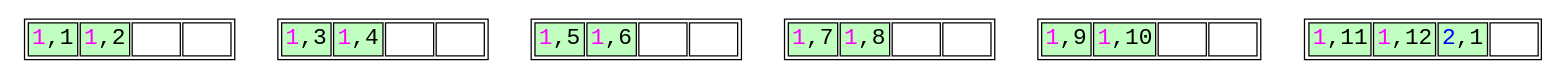
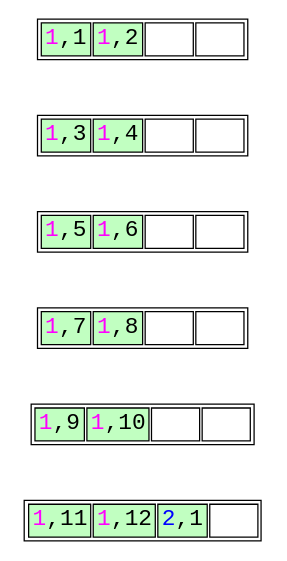
Before and after one commit to petergeoghegan/pg_query_internals: the diagram in unoptimized-leaf-page-split-3.dot, drawn with Graphviz. The commit also changed 5 other files, not shown here.

```diff
--- a/unoptimized-leaf-page-split-3.dot
+++ b/unoptimized-leaf-page-split-3.dot
@@ -1,78 +1,88 @@
 // Example B-Tree graph
 //
 // Breadth-first order
 //
 // Start from root, go left to right
 //
 // Workflow:
 //
 // $ dot -T svg btree.dot -o btree.svg;
 
 digraph nbtree {
 graph [fontname = "monospace"];
 node [shape = none,height=.1,fontname = "monospace",fontsize=18];
 // Level 0 (leaf level)
 leafnode_2[ label=<<table>
                     <tr>
                         <td bgcolor='darkseagreen1' port="t2"><font color="magenta">1</font>,1</td>
                         <td bgcolor='darkseagreen1' port="t3"><font color="magenta">1</font>,2</td>
                         <td bgcolor='white' port="t3">   </td>
                         <td bgcolor='white' port="t3">   </td>
                     </tr>
                 </table>
                >
         ];
+edge[style=invis];
+"leafnode_2" -> "leafnode_3"
 leafnode_3[ label=<<table>
                     <tr>
                         <td bgcolor='darkseagreen1' port="t4"><font color="magenta">1</font>,3</td>
                         <td bgcolor='darkseagreen1' port="t4"><font color="magenta">1</font>,4</td>
                         <td bgcolor='white' port="t3">   </td>
                         <td bgcolor='white' port="t3">   </td>
                     </tr>
                 </table>
                >
         ];
+edge[style=invis];
+"leafnode_3" -> "leafnode_4"
 leafnode_4[ label=<<table>
                     <tr>
                         <td bgcolor='darkseagreen1' port="t4"><font color="magenta">1</font>,5</td>
                         <td bgcolor='darkseagreen1' port="t4"><font color="magenta">1</font>,6</td>
                         <td bgcolor='white' port="t3">   </td>
                         <td bgcolor='white' port="t3">   </td>
                     </tr>
                 </table>
                >
         ];
+edge[style=invis];
+"leafnode_4" -> "leafnode_5"
 leafnode_5[ label=<<table>
                     <tr>
                         <td bgcolor='darkseagreen1' port="t4"><font color="magenta">1</font>,7</td>
                         <td bgcolor='darkseagreen1' port="t4"><font color="magenta">1</font>,8</td>
                         <td bgcolor='white' port="t3">   </td>
                         <td bgcolor='white' port="t3">   </td>
                     </tr>
                 </table>
                >
         ];
+edge[style=invis];
+"leafnode_5" -> "leafnode_6"
 leafnode_6[ label=<<table>
                     <tr>
                         <td bgcolor='darkseagreen1' port="t4"><font color="magenta">1</font>,9</td>
                         <td bgcolor='darkseagreen1' port="t4"><font color="magenta">1</font>,10</td>
                         <td bgcolor='white' port="t3">   </td>
                         <td bgcolor='white' port="t3">   </td>
                     </tr>
                 </table>
                >
         ];
+edge[style=invis];
+"leafnode_6" -> "leafnode_7"
 leafnode_7[ label=<<table>
                     <tr>
                         <td bgcolor='darkseagreen1' port="t4"><font color="magenta">1</font>,11</td>
                         <td bgcolor='darkseagreen1' port="t4"><font color="magenta">1</font>,12</td>
                         <td bgcolor='darkseagreen1' port="t4"><font color="blue">2</font>,1</td>
                         <td bgcolor='white' port="t3">   </td>
                     </tr>
                 </table>
                >
         ];
 //Force alignment from root to internal to leaf levels:
 //edge[style=invis];
 //"rootnode":d1 -> "leafnode_2":t2
 }
```
